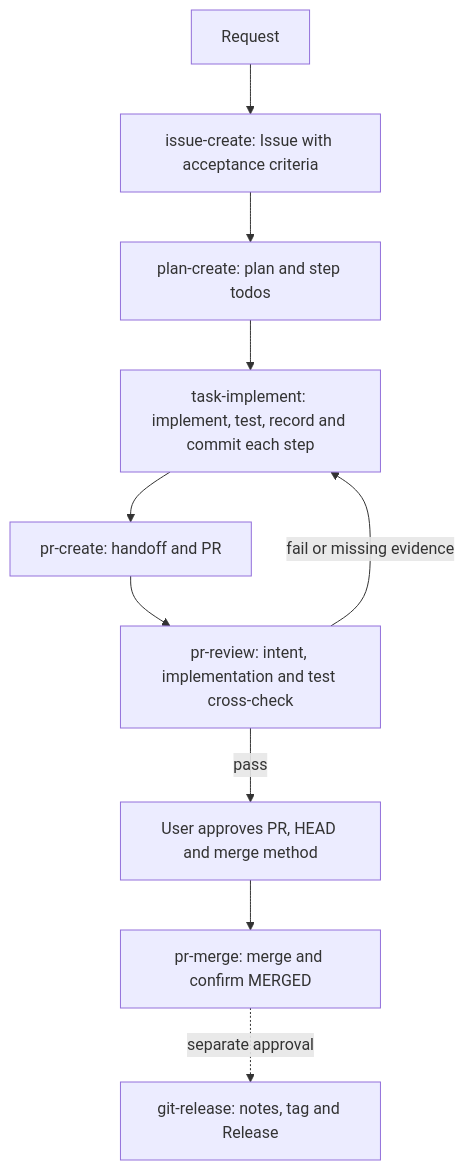
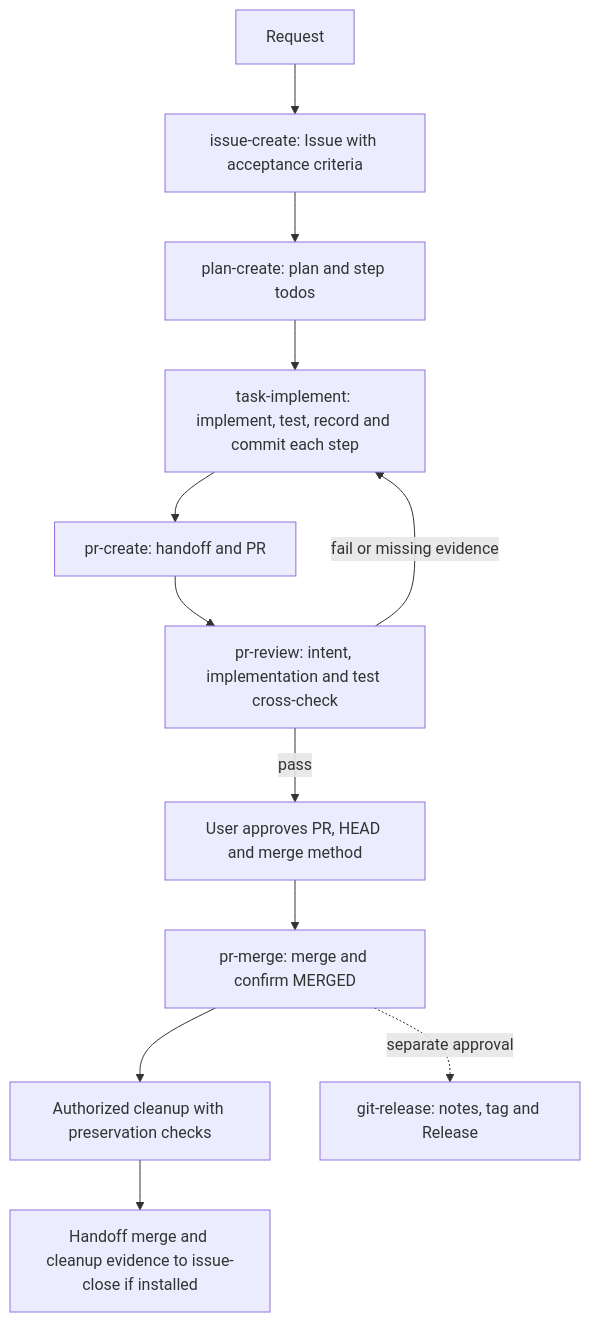
Before and after one commit to insung/git-workflow: the diagram in README.md, drawn with Mermaid. The commit also changed other lines of this file and 5 other files, not shown here.

````diff
--- a/README.md
+++ b/README.md
@@ -20,12 +20,14 @@
 ```mermaid
 flowchart TD
     A[Request] --> B[issue-create: Issue with acceptance criteria]
     B --> C[plan-create: plan and step todos]
     C --> D[task-implement: implement, test, record and commit each step]
     D --> E[pr-create: handoff and PR]
     E --> F[pr-review: intent, implementation and test cross-check]
     F -->|fail or missing evidence| D
     F -->|pass| G[User approves PR, HEAD and merge method]
     G --> H[pr-merge: merge and confirm MERGED]
+    H --> J[Authorized cleanup with preservation checks]
+    J --> K[Handoff merge and cleanup evidence to issue-close if installed]
     H -. separate approval .-> I[git-release: notes, tag and Release]
 ```
````
